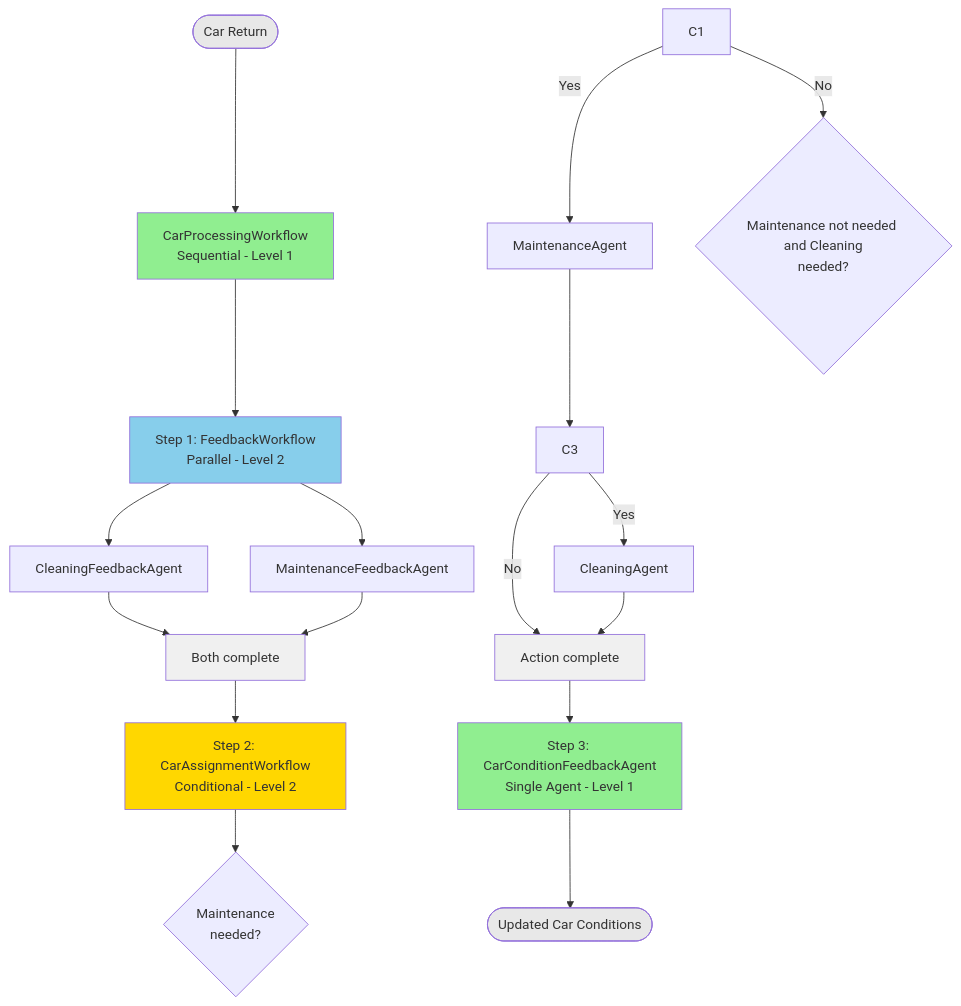
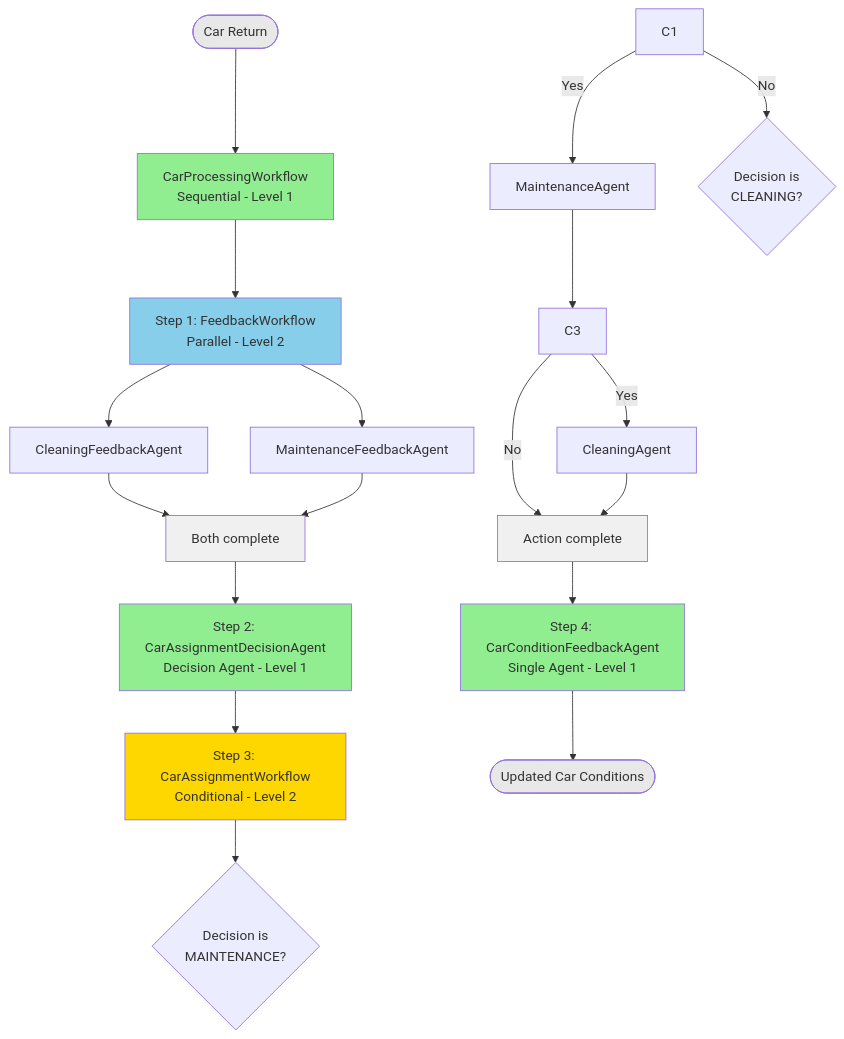
One commit to quarkusio/quarkus-workshop-langchain4j changed the third of 6 diagrams in docs/content/section-2/step-03.md. Above: the diagram before and after it, drawn with Mermaid. The commit also changed other lines of this file and 73 other files, not shown here.

````diff
--- a/docs/content/section-2/step-03.md
+++ b/docs/content/section-2/step-03.md
@@ -119,31 +120,34 @@
 ```mermaid
 graph TB
     Start([Car Return]) --> A[CarProcessingWorkflow<br/>Sequential - Level 1]
     
     A --> B[Step 1: FeedbackWorkflow<br/>Parallel - Level 2]
     B --> B1[CleaningFeedbackAgent]
     B --> B2[MaintenanceFeedbackAgent]
     B1 --> BEnd[Both complete]
     B2 --> BEnd
     
-    BEnd --> C[Step 2: CarAssignmentWorkflow<br/>Conditional - Level 2]
-    C --> C1\{Maintenance<br/>needed?}
+    BEnd --> DA[Step 2: CarAssignmentDecisionAgent<br/>Decision Agent - Level 1]
+    
+    DA --> C[Step 3: CarAssignmentWorkflow<br/>Conditional - Level 2]
+    C --> C1\{Decision is<br/>MAINTENANCE?}
     C1 -->|Yes| C2[MaintenanceAgent]
-    C1 -->|No| C3\{Maintenance not needed and Cleaning<br/>needed?}
+    C1 -->|No| C3\{Decision is<br/>CLEANING?}
     C3 -->|Yes| C4[CleaningAgent]
     C2 --> C3
     C3 -->|No| CEnd[Action complete]
     C4 --> CEnd
     
-    CEnd --> D[Step 3: CarConditionFeedbackAgent<br/>Single Agent - Level 1]
+    CEnd --> D[Step 4: CarConditionFeedbackAgent<br/>Single Agent - Level 1]
     D --> End([Updated Car Conditions])
     
     style A fill:#90EE90
     style B fill:#87CEEB
+    style DA fill:#90EE90
     style C fill:#FFD700
     style D fill:#90EE90
     style Start fill:#E8E8E8
     style End fill:#E8E8E8
     style BEnd fill:#F0F0F0
     style CEnd fill:#F0F0F0
 ```
````
